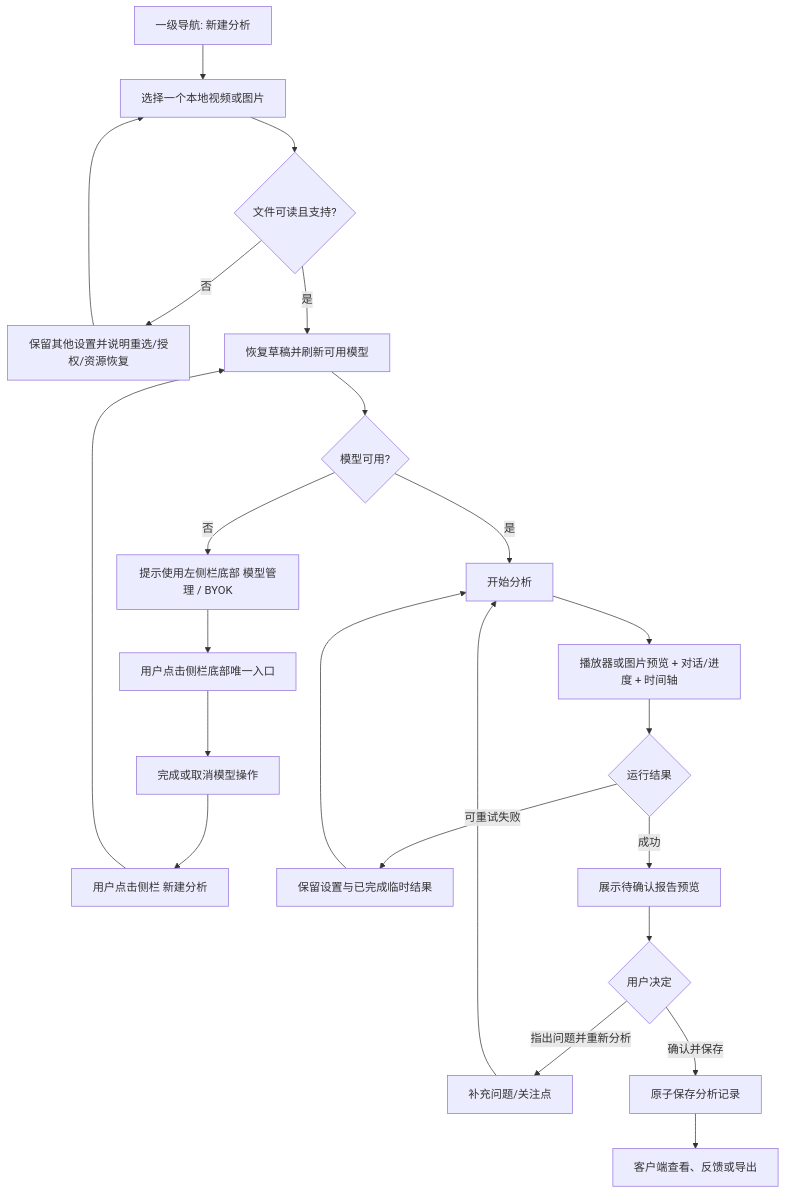
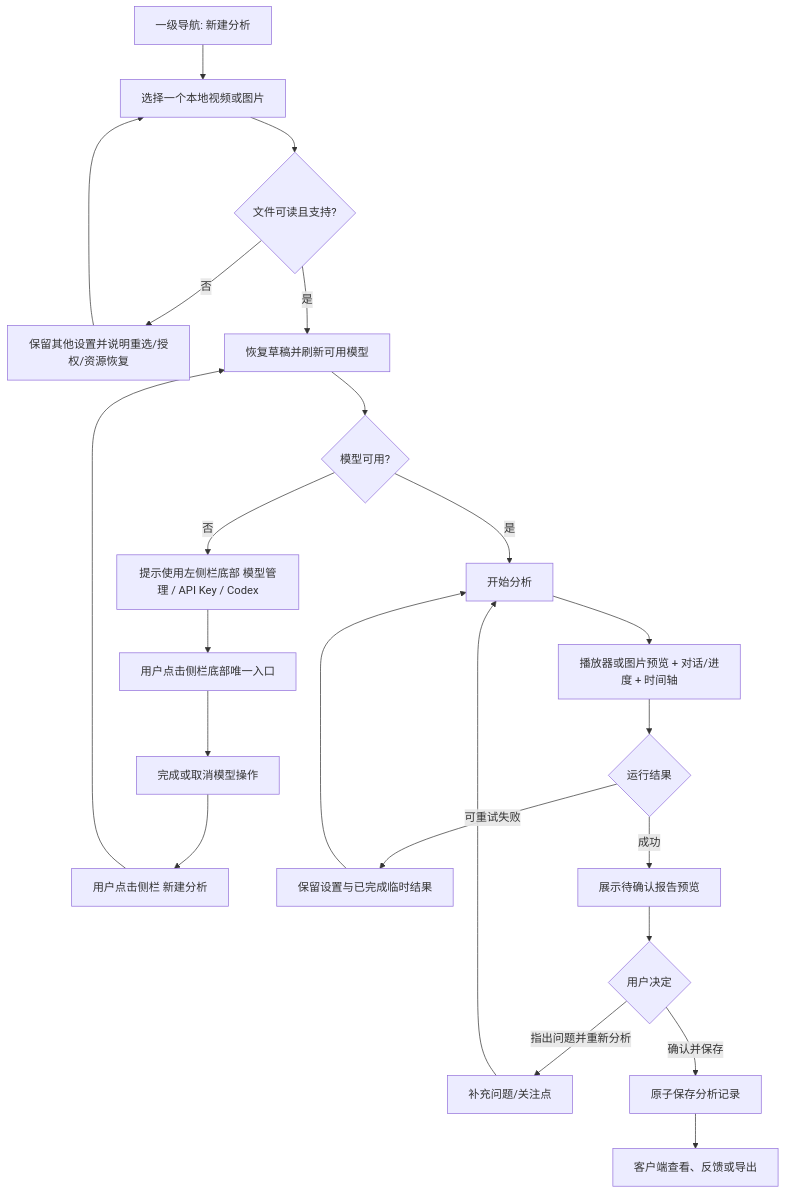
One commit to wzhic/material changed the first of 6 diagrams in docs/requirements/单素材分析-REQ-0005/单素材分析-REQ-0005-v1.0.md. Above: the diagram before and after it, drawn with Mermaid. The commit also changed other lines of this file and 70 other files, not shown here.

````diff
--- a/docs/requirements/单素材分析-REQ-0005/单素材分析-REQ-0005-v1.0.md
+++ b/docs/requirements/单素材分析-REQ-0005/单素材分析-REQ-0005-v1.0.md
@@ -380,25 +382,25 @@
 ```mermaid
 flowchart TD
     A[一级导航: 新建分析] --> B[选择一个本地视频或图片]
     B --> C{文件可读且支持?}
     C -- 否 --> D[保留其他设置并说明重选/授权/资源恢复]
     D --> B
     C -- 是 --> E[选择行业、可选产品、模型和可选转化依据]
     E --> F{模型可用?}
-    F -- 否 --> G[提示使用左侧栏底部 模型管理 / BYOK]
+    F -- 否 --> G[提示使用左侧栏底部 模型管理 / API Key / Codex]
     G --> G1[用户点击侧栏底部唯一入口]
     G1 --> G2[完成或取消模型操作]
     G2 --> G3[用户点击侧栏 新建分析]
     G3 --> E[恢复草稿并刷新可用模型]
     F -- 是 --> H[开始分析]
     H --> I[播放器或图片预览 + 对话/进度 + 时间轴]
     I --> J{运行结果}
     J -- 可重试失败 --> K[保留设置与已完成临时结果]
     K --> H
     J -- 成功 --> L[展示待确认报告预览]
     L --> M{用户决定}
     M -- 指出问题并重新分析 --> N[补充问题/关注点]
     N --> H
     M -- 确认并保存 --> O[原子保存分析记录]
     O --> P[客户端查看、反馈或导出]
 ```
````
